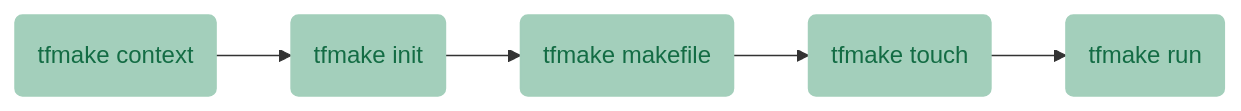
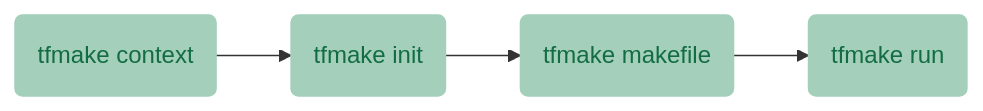
Before and after one commit to tfmake/tfmake: the diagram in README.md, drawn with Mermaid. The commit also changed other lines of this file and 5 other files, not shown here.

````diff
--- a/README.md
+++ b/README.md
@@ -81,20 +83,18 @@
 ```mermaid
 flowchart LR
 
 classDef primary fill:#a3cfbb,stroke:#a3cfbb,color:#136c44;
 classDef secondary fill:#fee69b,stroke:#fee69b,color:#987405;
 
 context("tfmake context")
 init("tfmake init")
 makefile("tfmake makefile")
-touch("tfmake touch")
 run("tfmake run")
 
-context --> init --> makefile --> touch --> run
+context --> init --> makefile --> run
 
 context:::primary
 init:::primary
 makefile:::primary
-touch:::primary
 run:::primary
 ```
````
